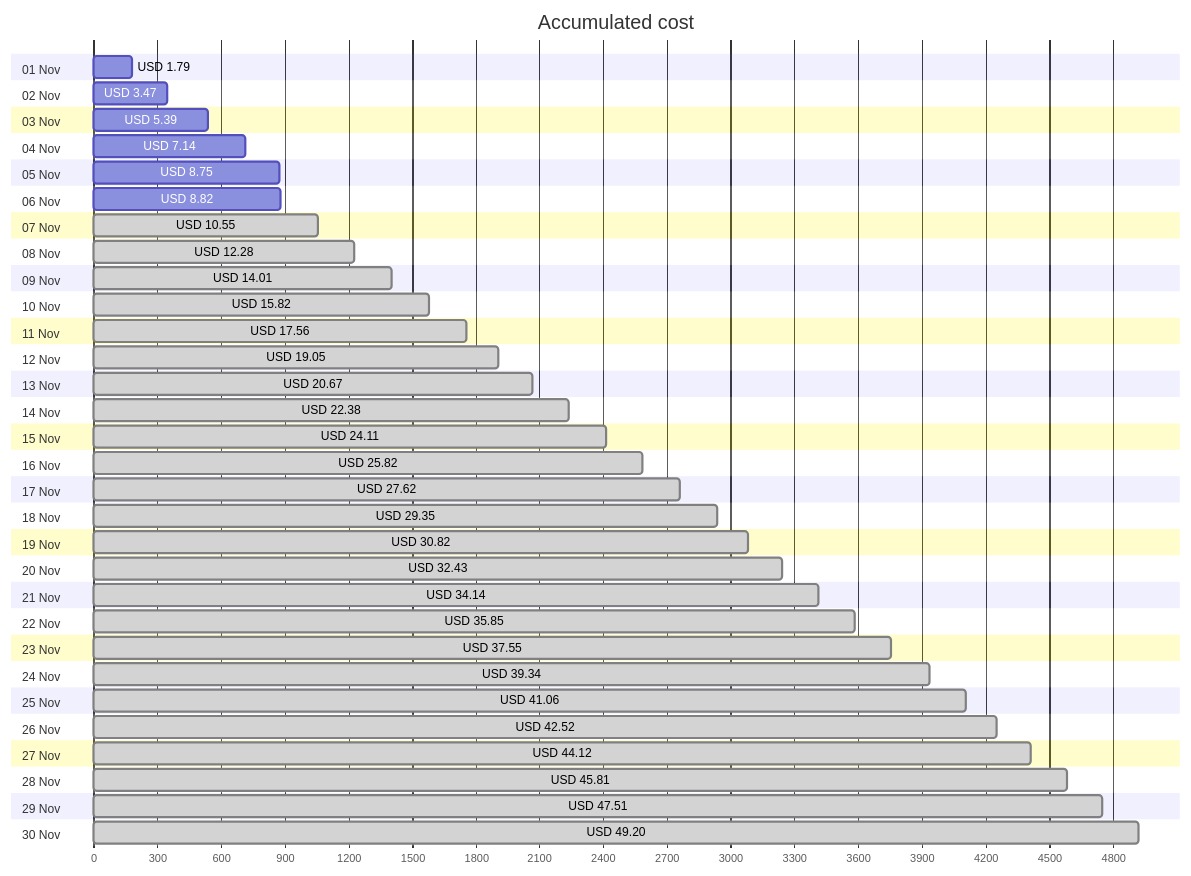
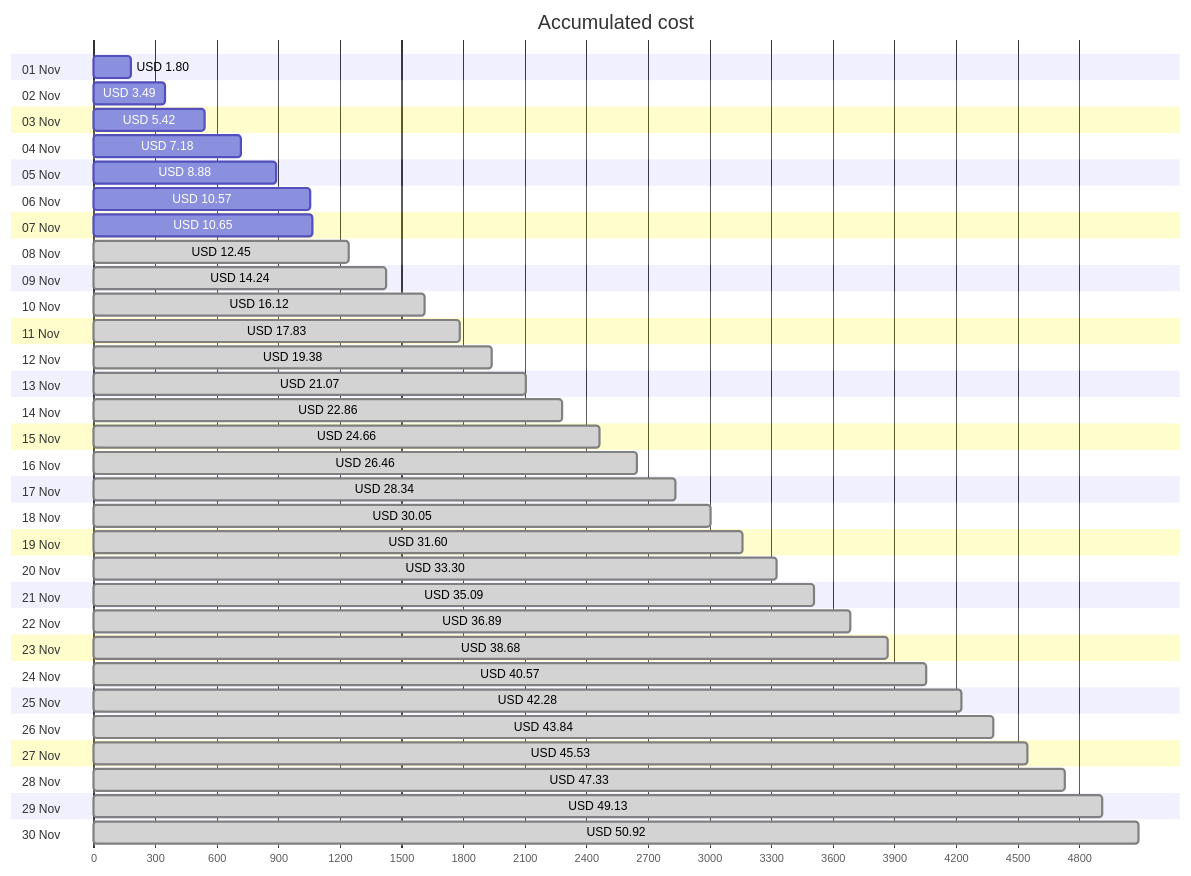
One commit to jpfulton/azure-personal-reports changed the first of 4 diagrams in cost-reports/personal-network/README.md. Above: the diagram before and after it, drawn with Mermaid. The commit also changed other lines of this file and 8 other files, not shown here.

````diff
--- a/cost-reports/personal-network/README.md
+++ b/cost-reports/personal-network/README.md
@@ -20,66 +20,66 @@
 ```mermaid
 gantt
    title Accumulated cost
    dateFormat  X
    axisFormat %s
    section 01 Nov
-   USD 1.79 :0, 179
+   USD 1.80 :0, 180
    section 02 Nov
-   USD 3.47 :0, 347
+   USD 3.49 :0, 349
    section 03 Nov
-   USD 5.39 :0, 539
+   USD 5.42 :0, 542
    section 04 Nov
-   USD 7.14 :0, 714
+   USD 7.18 :0, 718
    section 05 Nov
-   USD 8.75 :0, 875
+   USD 8.88 :0, 888
    section 06 Nov
-   USD 8.82 :0, 882
+   USD 10.57 :0, 1057
    section 07 Nov
-   USD 10.55 : done, 0, 1055
+   USD 10.65 :0, 1065
    section 08 Nov
-   USD 12.28 : done, 0, 1228
+   USD 12.45 : done, 0, 1245
    section 09 Nov
-   USD 14.01 : done, 0, 1401
+   USD 14.24 : done, 0, 1424
    section 10 Nov
-   USD 15.82 : done, 0, 1582
+   USD 16.12 : done, 0, 1612
    section 11 Nov
-   USD 17.56 : done, 0, 1756
+   USD 17.83 : done, 0, 1783
    section 12 Nov
-   USD 19.05 : done, 0, 1905
+   USD 19.38 : done, 0, 1938
    section 13 Nov
-   USD 20.67 : done, 0, 2067
+   USD 21.07 : done, 0, 2107
    section 14 Nov
-   USD 22.38 : done, 0, 2238
+   USD 22.86 : done, 0, 2286
    section 15 Nov
-   USD 24.11 : done, 0, 2411
+   USD 24.66 : done, 0, 2466
    section 16 Nov
-   USD 25.82 : done, 0, 2582
+   USD 26.46 : done, 0, 2646
    section 17 Nov
-   USD 27.62 : done, 0, 2762
+   USD 28.34 : done, 0, 2834
    section 18 Nov
-   USD 29.35 : done, 0, 2935
+   USD 30.05 : done, 0, 3005
    section 19 Nov
-   USD 30.82 : done, 0, 3082
+   USD 31.60 : done, 0, 3160
    section 20 Nov
-   USD 32.43 : done, 0, 3243
+   USD 33.30 : done, 0, 3330
    section 21 Nov
-   USD 34.14 : done, 0, 3414
+   USD 35.09 : done, 0, 3509
    section 22 Nov
-   USD 35.85 : done, 0, 3585
+   USD 36.89 : done, 0, 3689
    section 23 Nov
-   USD 37.55 : done, 0, 3755
+   USD 38.68 : done, 0, 3868
    section 24 Nov
-   USD 39.34 : done, 0, 3934
+   USD 40.57 : done, 0, 4057
    section 25 Nov
-   USD 41.06 : done, 0, 4106
+   USD 42.28 : done, 0, 4228
    section 26 Nov
-   USD 42.52 : done, 0, 4252
+   USD 43.84 : done, 0, 4384
    section 27 Nov
-   USD 44.12 : done, 0, 4412
+   USD 45.53 : done, 0, 4553
    section 28 Nov
-   USD 45.81 : done, 0, 4581
+   USD 47.33 : done, 0, 4733
    section 29 Nov
-   USD 47.51 : done, 0, 4751
+   USD 49.13 : done, 0, 4913
    section 30 Nov
-   USD 49.20 : done, 0, 4920
+   USD 50.92 : done, 0, 5092
 ```
````
